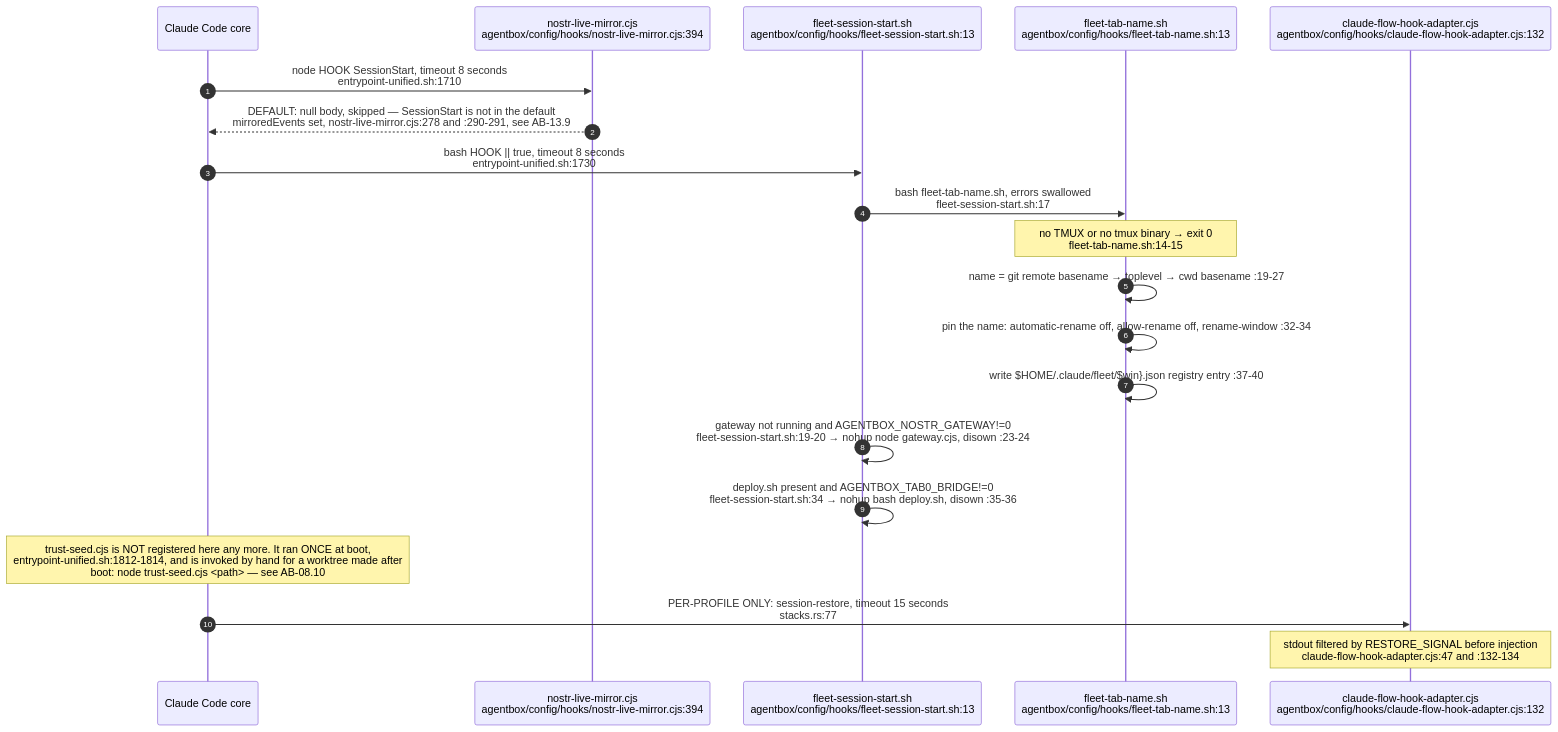
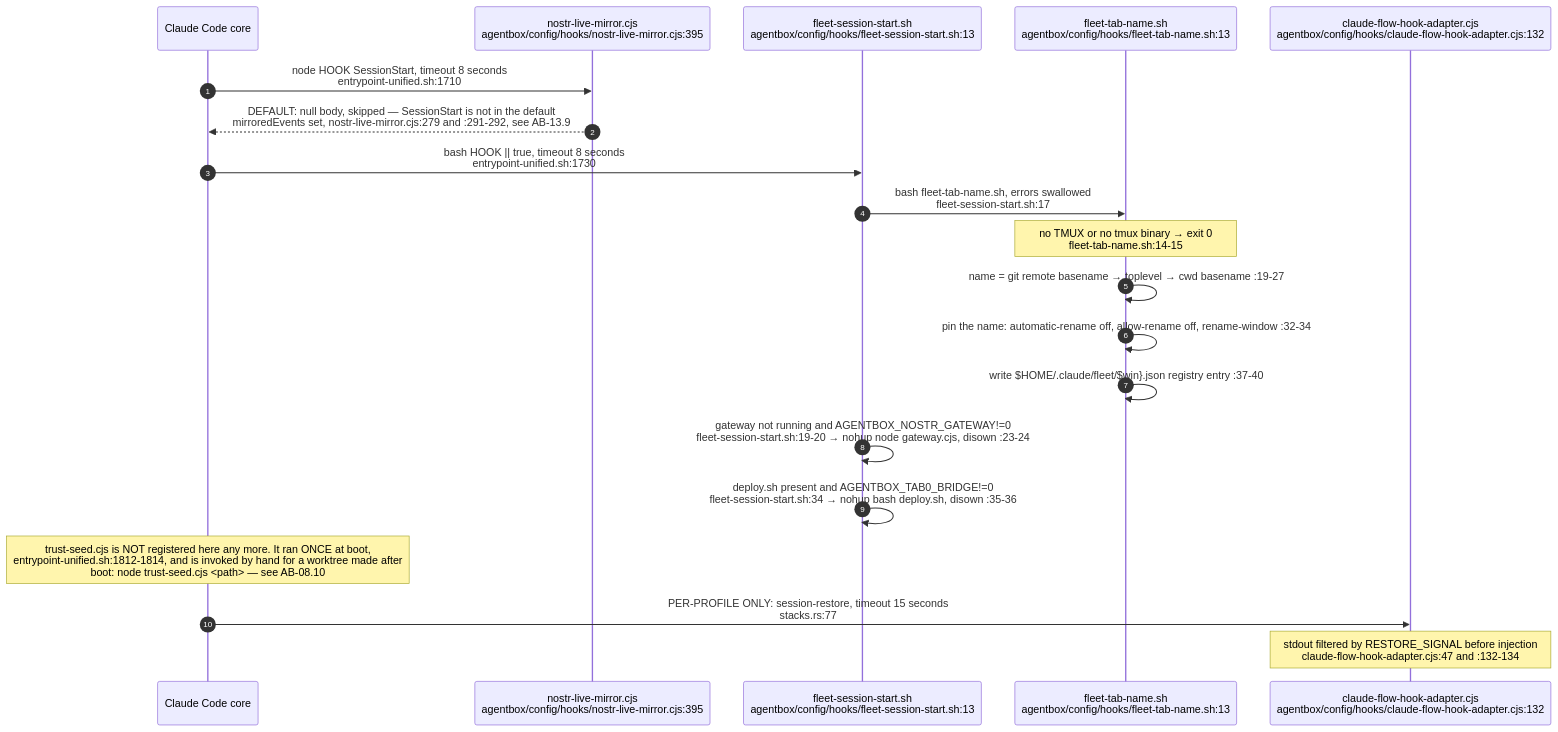
Before and after one commit to DreamLab-AI/VisionFlow: the fourth of 13 diagrams in docs/diagrams/agentbox/08-hooks-pipeline.md, drawn with Mermaid. The commit also changed other lines of this file and 10 other files, not shown here.

First line of the commit message:
docs(diagrams): re-stamp AB-01/05/08/27/28 at agentbox 5a6c165 — ADR-2151 now partial

````diff
--- a/docs/diagrams/agentbox/08-hooks-pipeline.md
+++ b/docs/diagrams/agentbox/08-hooks-pipeline.md
@@ -195,23 +195,23 @@
 ```mermaid
 sequenceDiagram
     autonumber
     participant CC as Claude Code core
-    participant NM as nostr-live-mirror.cjs<br/>agentbox/config/hooks/nostr-live-mirror.cjs:394
+    participant NM as nostr-live-mirror.cjs<br/>agentbox/config/hooks/nostr-live-mirror.cjs:395
     participant FS as fleet-session-start.sh<br/>agentbox/config/hooks/fleet-session-start.sh:13
     participant FTN as fleet-tab-name.sh<br/>agentbox/config/hooks/fleet-tab-name.sh:13
     participant AD as claude-flow-hook-adapter.cjs<br/>agentbox/config/hooks/claude-flow-hook-adapter.cjs:132
 
     CC->>NM: node HOOK SessionStart, timeout 8 seconds<br/>entrypoint-unified.sh:1710
-    NM-->>CC: DEFAULT: null body, skipped — SessionStart is not in the default<br/>mirroredEvents set, nostr-live-mirror.cjs:278 and :290-291, see AB-13.9
+    NM-->>CC: DEFAULT: null body, skipped — SessionStart is not in the default<br/>mirroredEvents set, nostr-live-mirror.cjs:279 and :291-292, see AB-13.9
     CC->>FS: bash HOOK #124;#124; true, timeout 8 seconds<br/>entrypoint-unified.sh:1730
     FS->>FTN: bash fleet-tab-name.sh, errors swallowed<br/>fleet-session-start.sh:17
     Note over FTN: no TMUX or no tmux binary → exit 0<br/>fleet-tab-name.sh:14-15
     FTN->>FTN: name = git remote basename → toplevel → cwd basename :19-27
     FTN->>FTN: pin the name: automatic-rename off, allow-rename off, rename-window :32-34
     FTN->>FTN: write $HOME/.claude/fleet/#36;win#125;.json registry entry :37-40
     FS->>FS: gateway not running and AGENTBOX_NOSTR_GATEWAY!=0<br/>fleet-session-start.sh:19-20 → nohup node gateway.cjs, disown :23-24
     FS->>FS: deploy.sh present and AGENTBOX_TAB0_BRIDGE!=0<br/>fleet-session-start.sh:34 → nohup bash deploy.sh, disown :35-36
     Note over CC: trust-seed.cjs is NOT registered here any more. It ran ONCE at boot,<br/>entrypoint-unified.sh:1812-1814, and is invoked by hand for a worktree made after<br/>boot: node trust-seed.cjs #60;path#62; — see AB-08.10
     CC->>AD: PER-PROFILE ONLY: session-restore, timeout 15 seconds<br/>stacks.rs:77
     Note over AD: stdout filtered by RESTORE_SIGNAL before injection<br/>claude-flow-hook-adapter.cjs:47 and :132-134
 ```
````
